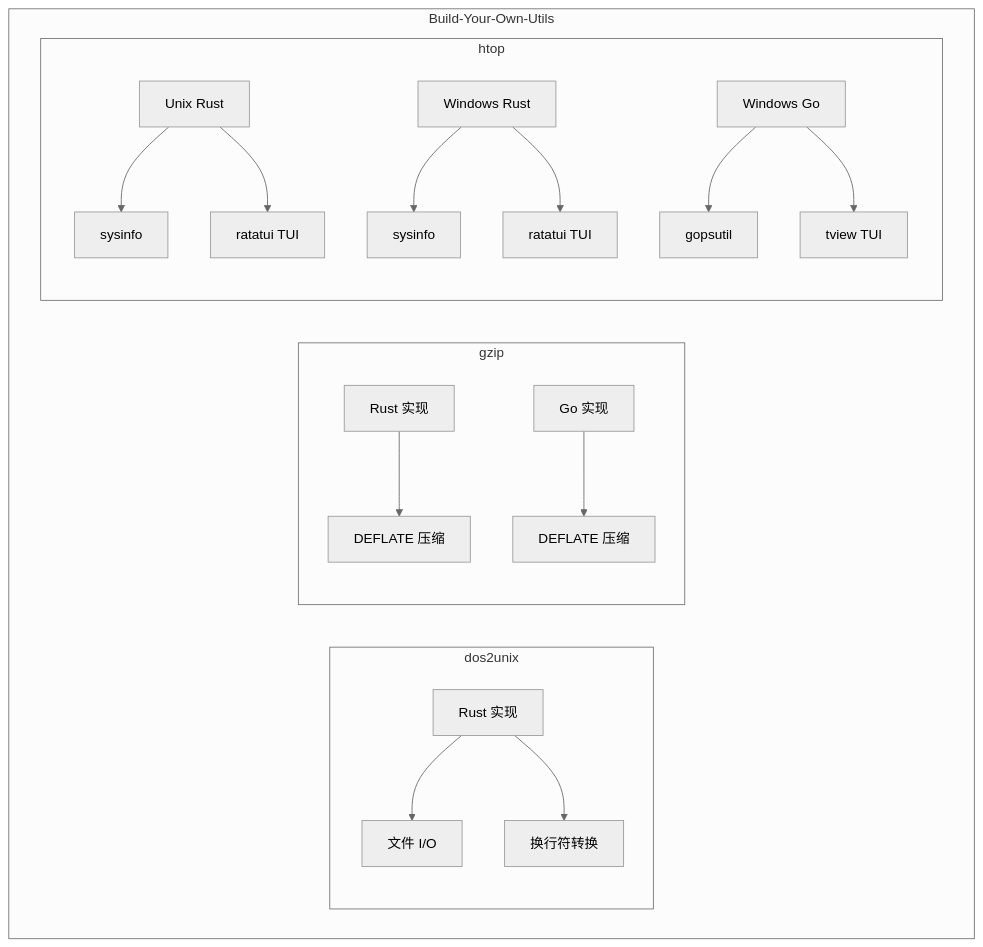
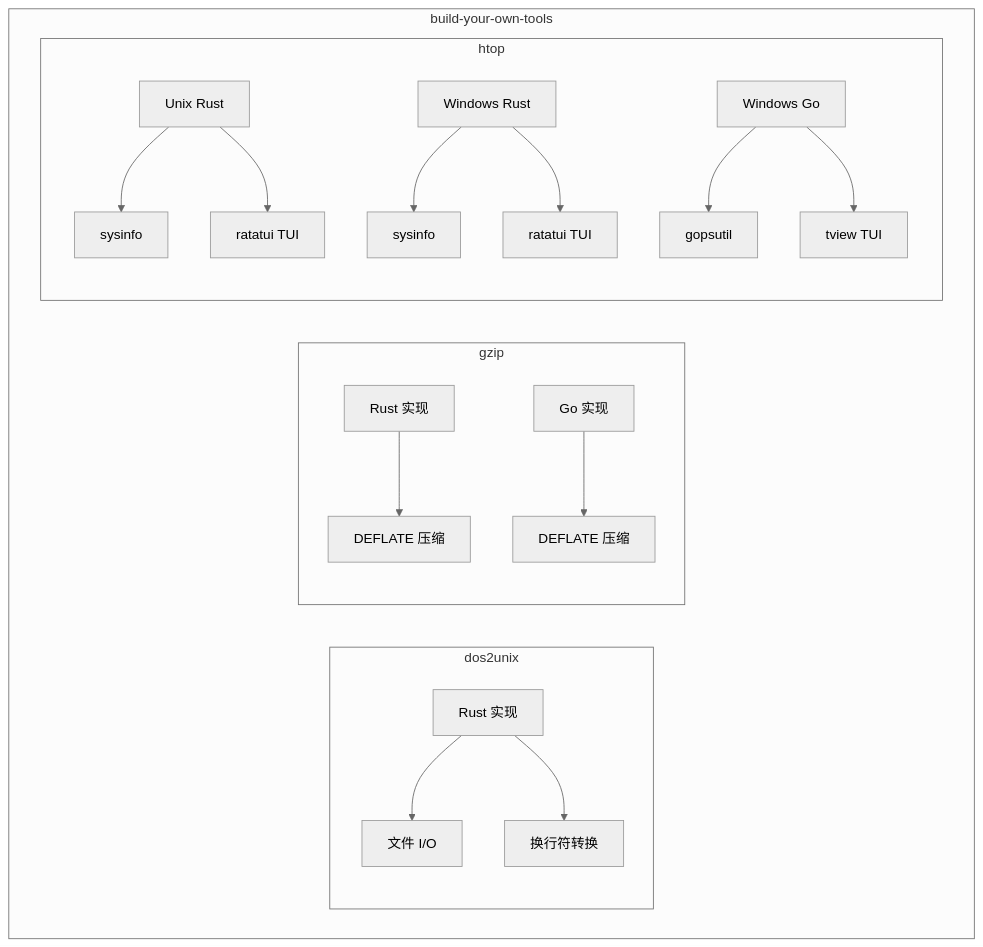
The first of 2 diagrams in docs/ARCHITECTURE.md (build-workbench/utop), drawn with Mermaid (neutral theme) before and after one commit. The commit also changed other lines of this file and 18 other files, not shown here.

````diff
--- a/docs/ARCHITECTURE.md
+++ b/docs/ARCHITECTURE.md
@@ -49,29 +49,29 @@
 ```mermaid
 graph TB
-    subgraph "Build-Your-Own-Utils"
+    subgraph "build-your-own-tools"
         subgraph "dos2unix"
             D1[Rust 实现]
             D1 --> D1a[文件 I/O]
             D1 --> D1b[换行符转换]
         end
         
         subgraph "gzip"
             G1[Rust 实现]
             G2[Go 实现]
             G1 --> G1a[DEFLATE 压缩]
             G2 --> G2a[DEFLATE 压缩]
         end
         
         subgraph "htop"
             H1[Unix Rust]
             H2[Windows Rust]
             H3[Windows Go]
             H1 --> H1a[sysinfo]
             H2 --> H2a[sysinfo]
             H3 --> H3a[gopsutil]
             H1 --> TUI1[ratatui TUI]
             H2 --> TUI2[ratatui TUI]
             H3 --> TUI3[tview TUI]
         end
     end
 ```
````
